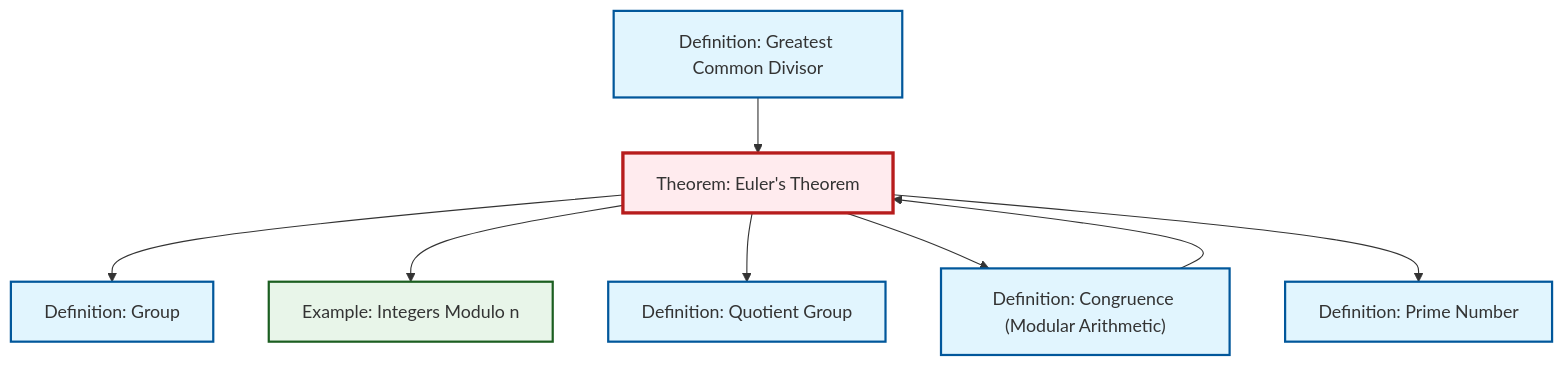
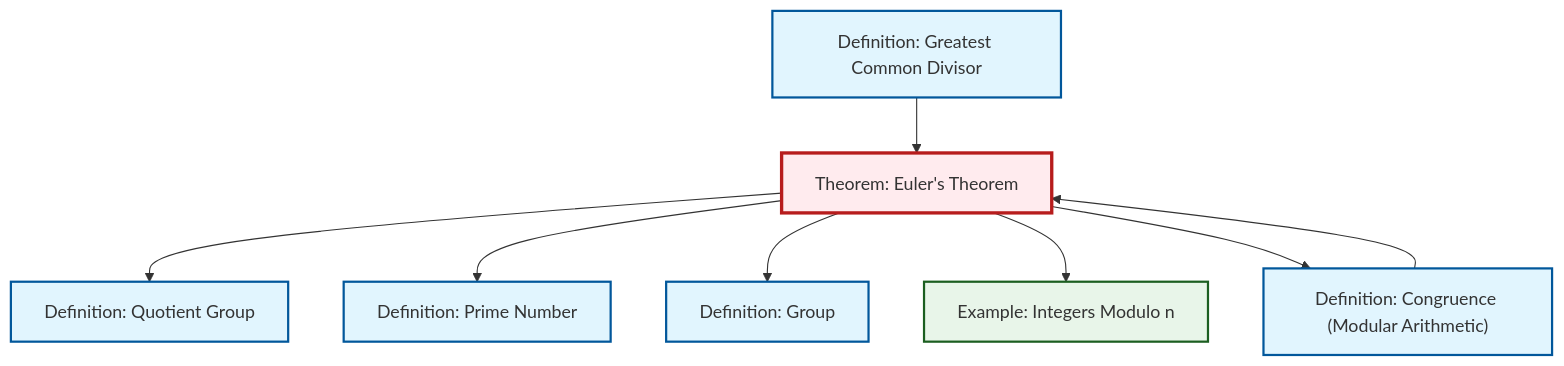
The diagram in content/ja/number-theory/thm-euler.qmd (RK0429/ModernMath), drawn with Mermaid before and after one commit. The commit also changed other lines of this file and 491 other files, not shown here.

````diff
--- a/content/ja/number-theory/thm-euler.qmd
+++ b/content/ja/number-theory/thm-euler.qmd
@@ -52,30 +52,30 @@
 ```{mermaid}
 %%| fig-cap: "Local dependency graph"
 graph TD
     classDef definition fill:#e1f5fe,stroke:#01579b,stroke-width:2px
     classDef theorem fill:#f3e5f5,stroke:#4a148c,stroke-width:2px
     classDef axiom fill:#fff3e0,stroke:#e65100,stroke-width:2px
     classDef example fill:#e8f5e9,stroke:#1b5e20,stroke-width:2px
     classDef current fill:#ffebee,stroke:#b71c1c,stroke-width:3px
+    ex-quotient-integers-mod-n["Example: Integers Modulo n"]:::example
+    thm-euler["Theorem: Euler's Theorem"]:::theorem
+    def-gcd["Definition: Greatest Common Divisor"]:::definition
     def-group["Definition: Group"]:::definition
-    thm-euler["Theorem: Euler's Theorem"]:::theorem
+    def-prime["Definition: Prime Number"]:::definition
     def-congruence["Definition: Congruence (Modular Arithmetic)"]:::definition
-    def-gcd["Definition: Greatest Common Divisor"]:::definition
-    ex-quotient-integers-mod-n["Example: Integers Modulo n"]:::example
-    def-prime["Definition: Prime Number"]:::definition
     def-quotient-group["Definition: Quotient Group"]:::definition
+    thm-euler --> def-quotient-group
+    thm-euler --> def-prime
     thm-euler --> def-group
     thm-euler --> ex-quotient-integers-mod-n
-    thm-euler --> def-quotient-group
     def-congruence --> thm-euler
+    thm-euler --> def-congruence
     def-gcd --> thm-euler
-    thm-euler --> def-congruence
-    thm-euler --> def-prime
     class thm-euler current
+    click ex-quotient-integers-mod-n "ex-quotient-integers-mod-n.html" "Example: Integers Modulo nへ"
+    click def-gcd "def-gcd.html" "Definition: Greatest Common Divisorへ"
     click def-group "def-group.html" "Definition: Groupへ"
+    click def-prime "def-prime.html" "Definition: Prime Numberへ"
     click def-congruence "def-congruence.html" "Definition: Congruence (Modular Arithmetic)へ"
-    click def-gcd "def-gcd.html" "Definition: Greatest Common Divisorへ"
-    click ex-quotient-integers-mod-n "ex-quotient-integers-mod-n.html" "Example: Integers Modulo nへ"
-    click def-prime "def-prime.html" "Definition: Prime Numberへ"
     click def-quotient-group "def-quotient-group.html" "Definition: Quotient Groupへ"
 ```
````
